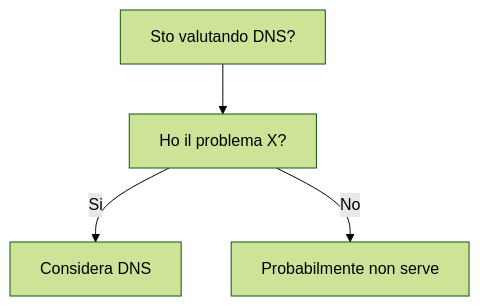
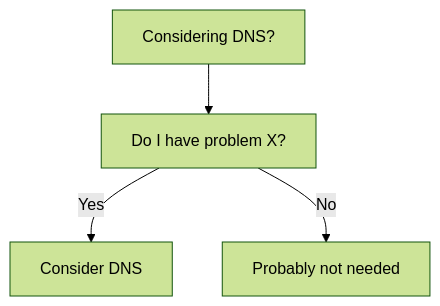
Before and after one commit to HxT9/Software-Dev-Wiki: the diagram in dev-wiki/07_Networking/DNS/When_To_Use.md, drawn with Mermaid (forest theme). The commit also changed other lines of this file and 3444 other files, not shown here.

````diff
--- a/dev-wiki/07_Networking/DNS/When_To_Use.md
+++ b/dev-wiki/07_Networking/DNS/When_To_Use.md
@@ -19,6 +19,6 @@
 ```mermaid
 flowchart TD
-  Q[Sto valutando DNS?] --> Q1[Ho il problema X?]
-  Q1 -->|Si| OK[Considera DNS]
-  Q1 -->|No| NO[Probabilmente non serve]
+  Q[Considering DNS?] --> Q1[Do I have problem X?]
+  Q1 -->|Yes| OK[Consider DNS]
+  Q1 -->|No| NO[Probably not needed]
 ```
````
